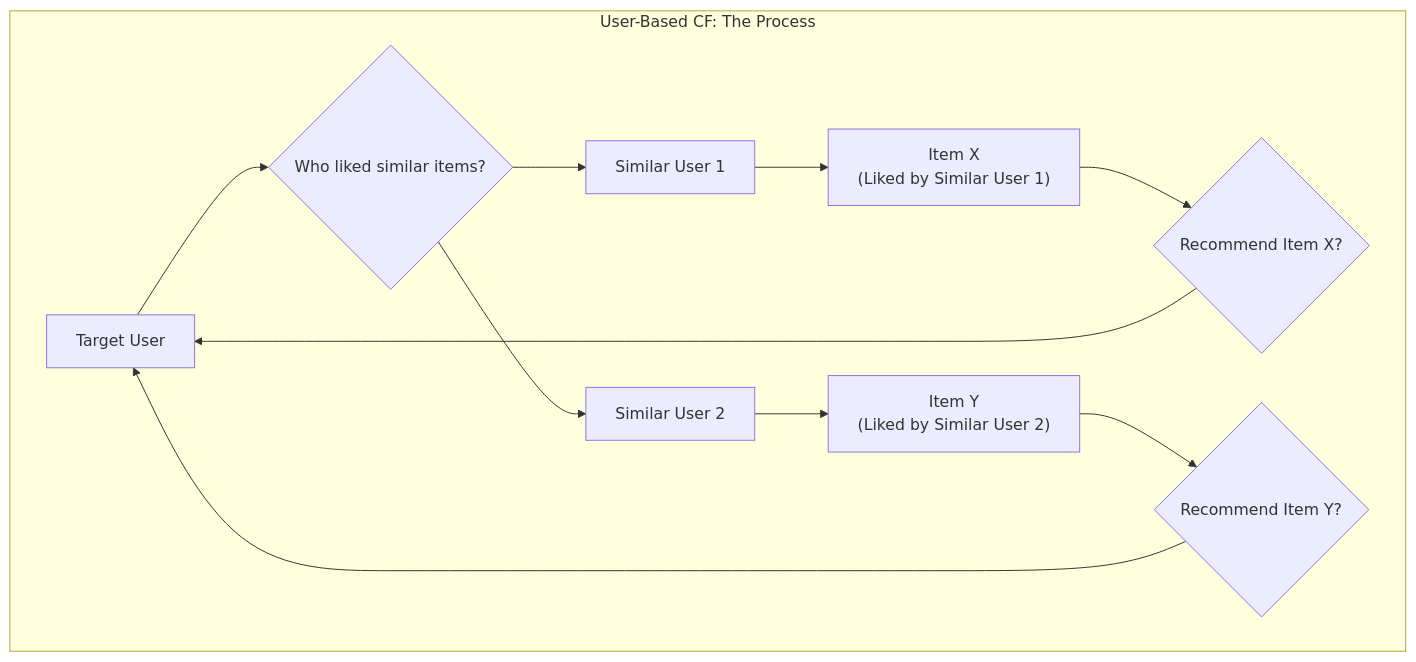
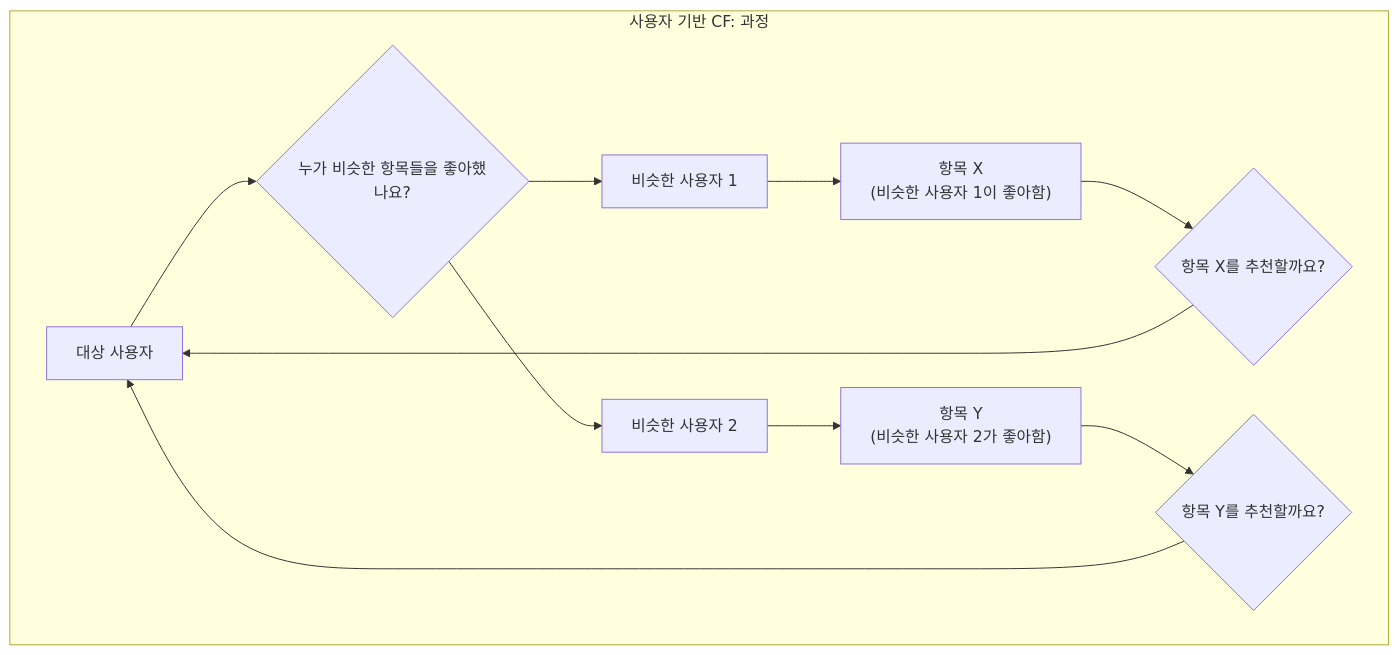
One commit to gh-shin/suggest-models-example changed the third of 11 diagrams in ConstructivistLearningPath.md. Above: the diagram before and after it, drawn with Mermaid. The commit also changed other lines of this file and 1 other file, not shown here.

````diff
--- a/ConstructivistLearningPath.md
+++ b/ConstructivistLearningPath.md
@@ -101,14 +101,14 @@
     ```mermaid
     graph TD
-        subgraph "User-Based CF: The Process"
-            U_Target[Target User] --> Q1{"Who liked similar items?"};
-            Q1 --> U_Similar1[Similar User 1];
-            Q1 --> U_Similar2[Similar User 2];
-            U_Similar1 --> I_LikedBySimilar1["Item X\n(Liked by Similar User 1)"];
-            U_Similar2 --> I_LikedBySimilar2["Item Y\n(Liked by Similar User 2)"];
-            I_LikedBySimilar1 --> PotentialRec1{Recommend Item X?};
-            I_LikedBySimilar2 --> PotentialRec2{Recommend Item Y?};
+        subgraph "사용자 기반 CF: 과정"
+            U_Target[대상 사용자] --> Q1{"누가 비슷한 항목들을 좋아했나요?"};
+            Q1 --> U_Similar1[비슷한 사용자 1];
+            Q1 --> U_Similar2[비슷한 사용자 2];
+            U_Similar1 --> I_LikedBySimilar1["항목 X\n(비슷한 사용자 1이 좋아함)"];
+            U_Similar2 --> I_LikedBySimilar2["항목 Y\n(비슷한 사용자 2가 좋아함)"];
+            I_LikedBySimilar1 --> PotentialRec1{항목 X를 추천할까요?};
+            I_LikedBySimilar2 --> PotentialRec2{항목 Y를 추천할까요?};
             PotentialRec1 --> U_Target;
             PotentialRec2 --> U_Target;
         end
     ```
````
